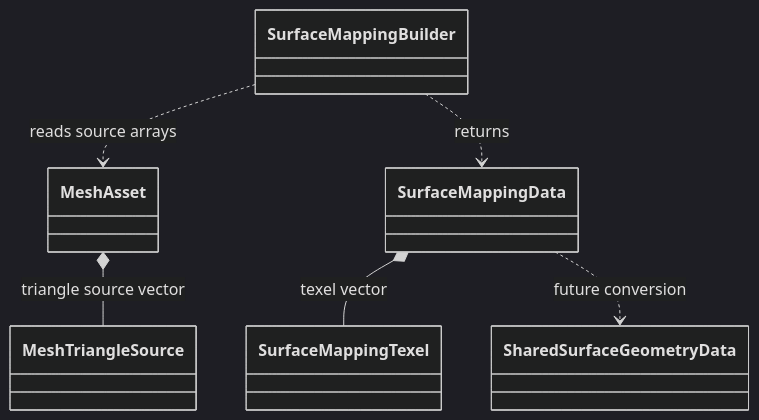
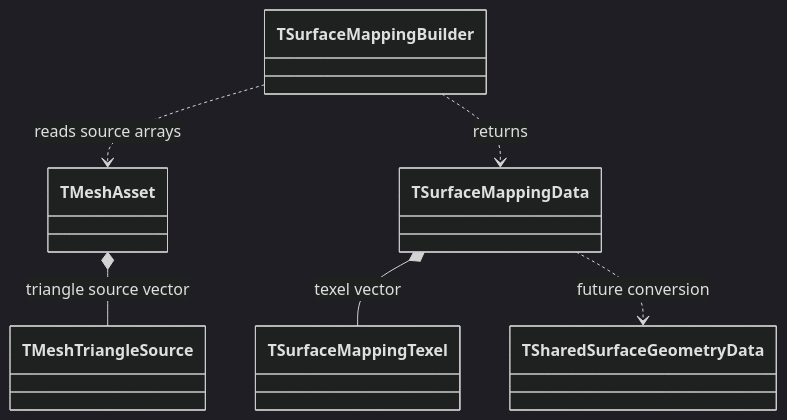
The third of 4 diagrams in Docs/MDSSP-Vault/05_Development/Code-Structure/0001_Asset-and-Surface-Data-Flow.md (Yonaim/Material-Dependent-Surface-State-Engine), drawn with Mermaid (dark theme) before and after one commit. The commit also changed other lines of this file and 120 other files, not shown here.

````diff
--- a/Docs/MDSSP-Vault/05_Development/Code-Structure/0001_Asset-and-Surface-Data-Flow.md
+++ b/Docs/MDSSP-Vault/05_Development/Code-Structure/0001_Asset-and-Surface-Data-Flow.md
@@ -202,14 +207,14 @@
 ```mermaid
 classDiagram
-  class MeshAsset
-  class MeshTriangleSource
-  class SurfaceMappingBuilder
-  class SurfaceMappingData
-  class SurfaceMappingTexel
-  class SharedSurfaceGeometryData
-  MeshAsset *-- MeshTriangleSource : triangle source vector
-  SurfaceMappingBuilder ..> MeshAsset : reads source arrays
-  SurfaceMappingBuilder ..> SurfaceMappingData : returns
-  SurfaceMappingData *-- SurfaceMappingTexel : texel vector
-  SurfaceMappingData ..> SharedSurfaceGeometryData : future conversion
+  class TMeshAsset
+  class TMeshTriangleSource
+  class TSurfaceMappingBuilder
+  class TSurfaceMappingData
+  class TSurfaceMappingTexel
+  class TSharedSurfaceGeometryData
+  TMeshAsset *-- TMeshTriangleSource : triangle source vector
+  TSurfaceMappingBuilder ..> TMeshAsset : reads source arrays
+  TSurfaceMappingBuilder ..> TSurfaceMappingData : returns
+  TSurfaceMappingData *-- TSurfaceMappingTexel : texel vector
+  TSurfaceMappingData ..> TSharedSurfaceGeometryData : future conversion
 ```
````
